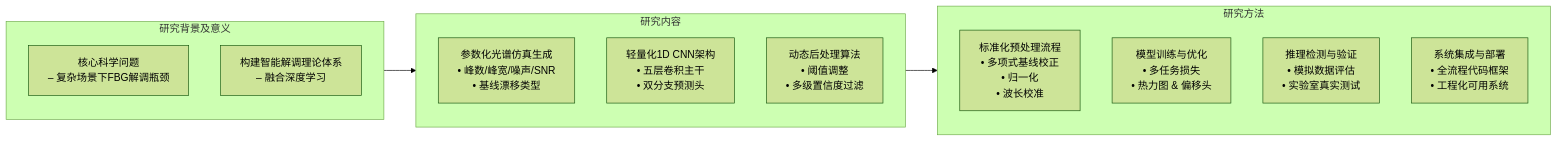
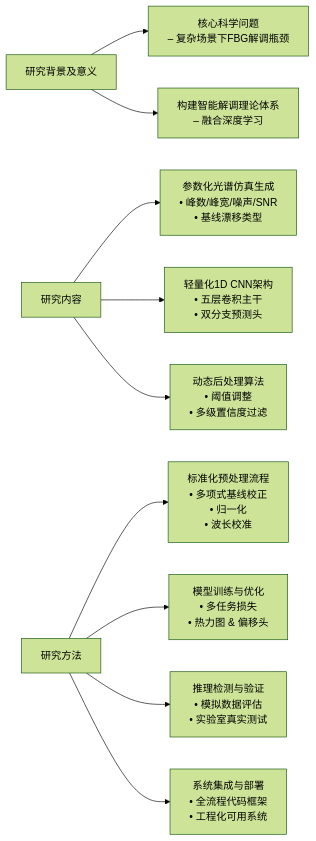
The diagram in all/未命名-1.md (Chaccccccc/iodraw-files), drawn with Mermaid (forest theme) before and after one commit.

Commit message:
2025-05-24 12:46:55 update

````diff
--- a/all/未命名-1.md
+++ b/all/未命名-1.md
@@ -1,26 +1,36 @@
 ```mermaid
 flowchart LR
-    %% 定义子图时，用简单标识符，不要把标题当做标识符
-    subgraph M1["研究背景及意义"]
-        A1["核心科学问题\n– 复杂场景下FBG解调瓶颈"]
-        A2["构建智能解调理论体系\n– 融合深度学习"]
-    end
+    %% 左侧：三个核心模块
+    M1["研究背景及意义"]
+    M2["研究内容"]
+    M3["研究方法"]
 
-    subgraph M2["研究内容"]
-        B1["参数化光谱仿真生成\n• 峰数/峰宽/噪声/SNR\n• 基线漂移类型"]
-        B2["轻量化1D CNN架构\n• 五层卷积主干\n• 双分支预测头"]
-        B3["动态后处理算法\n• 阈值调整\n• 多级置信度过滤"]
-    end
+    %% 右侧：模块一子任务
+    A1["核心科学问题\n– 复杂场景下FBG解调瓶颈"]
+    A2["构建智能解调理论体系\n– 融合深度学习"]
 
-    subgraph M3["研究方法"]
-        C1["标准化预处理流程\n• 多项式基线校正\n• 归一化\n• 波长校准"]
-        C2["模型训练与优化\n• 多任务损失\n• 热力图 & 偏移头"]
-        C3["推理检测与验证\n• 模拟数据评估\n• 实验室真实测试"]
-        C4["系统集成与部署\n• 全流程代码框架\n• 工程化可用系统"]
-    end
+    %% 右侧：模块二子任务
+    B1["参数化光谱仿真生成\n• 峰数/峰宽/噪声/SNR\n• 基线漂移类型"]
+    B2["轻量化1D CNN架构\n• 五层卷积主干\n• 双分支预测头"]
+    B3["动态后处理算法\n• 阈值调整\n• 多级置信度过滤"]
 
-    %% 模块流程顺序
-    M1 --> M2
-    M2 --> M3
+    %% 右侧：模块三子任务
+    C1["标准化预处理流程\n• 多项式基线校正\n• 归一化\n• 波长校准"]
+    C2["模型训练与优化\n• 多任务损失\n• 热力图 & 偏移头"]
+    C3["推理检测与验证\n• 模拟数据评估\n• 实验室真实测试"]
+    C4["系统集成与部署\n• 全流程代码框架\n• 工程化可用系统"]
+
+    %% 连线：模块 → 子任务
+    M1 --> A1
+    M1 --> A2
+
+    M2 --> B1
+    M2 --> B2
+    M2 --> B3
+
+    M3 --> C1
+    M3 --> C2
+    M3 --> C3
+    M3 --> C4
 
 ```
````
